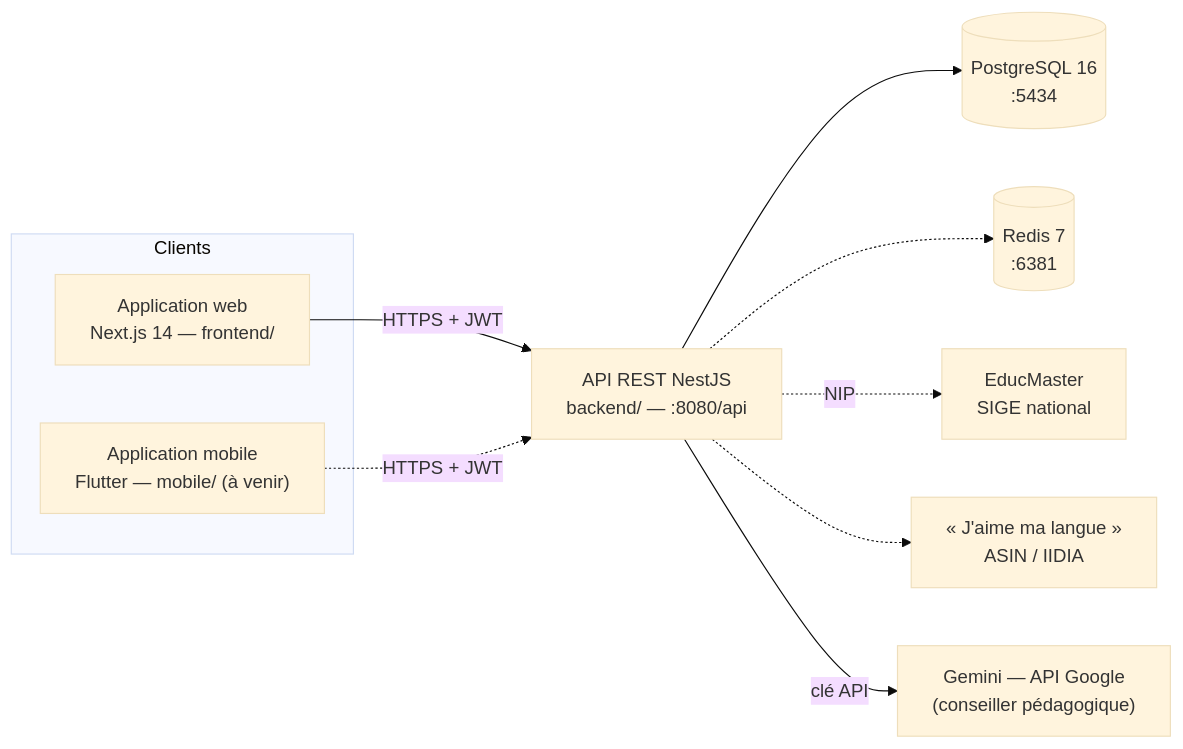
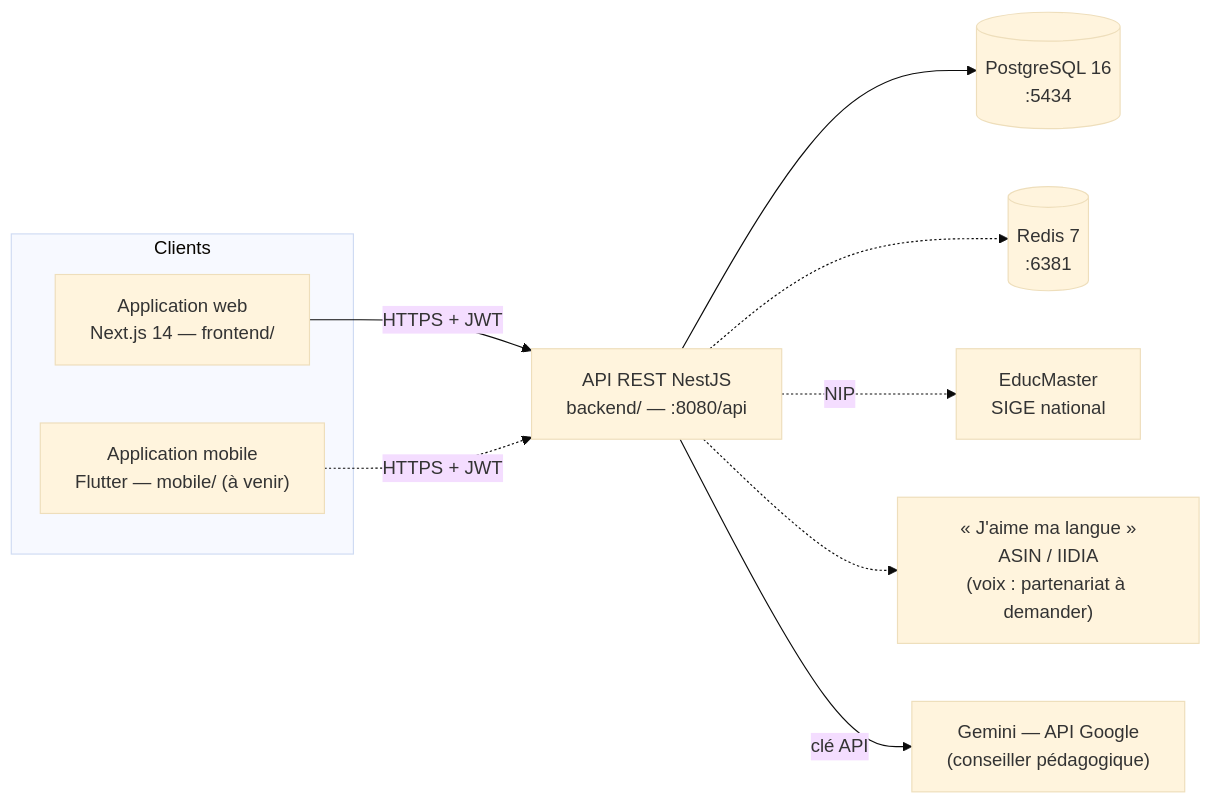
The diagram in README.md (Team-D-MESRS/Mon-Orientation), drawn with Mermaid (base theme) before and after one commit. The commit also changed other lines of this file and 6 other files, not shown here.

````diff
--- a/README.md
+++ b/README.md
@@ -65,21 +65,21 @@
 ```mermaid
 flowchart LR
   subgraph Clients
     W["Application web<br/>Next.js 14 — frontend/"]
     M["Application mobile<br/>Flutter — mobile/ (à venir)"]
   end
   API["API REST NestJS<br/>backend/ — :8080/api"]
   DB[("PostgreSQL 16<br/>:5434")]
   R[("Redis 7<br/>:6381")]
   EM["EducMaster<br/>SIGE national"]
-  JML["« J'aime ma langue »<br/>ASIN / IIDIA"]
+  JML["« J'aime ma langue »<br/>ASIN / IIDIA<br/>(voix : partenariat à demander)"]
   LLM["Gemini — API Google<br/>(conseiller pédagogique)"]
 
   W -->|HTTPS + JWT| API
   M -.->|HTTPS + JWT| API
   API --> DB
   API -.-> R
   API -.->|NIP| EM
   API -.-> JML
   API -->|clé API| LLM
 ```
````
